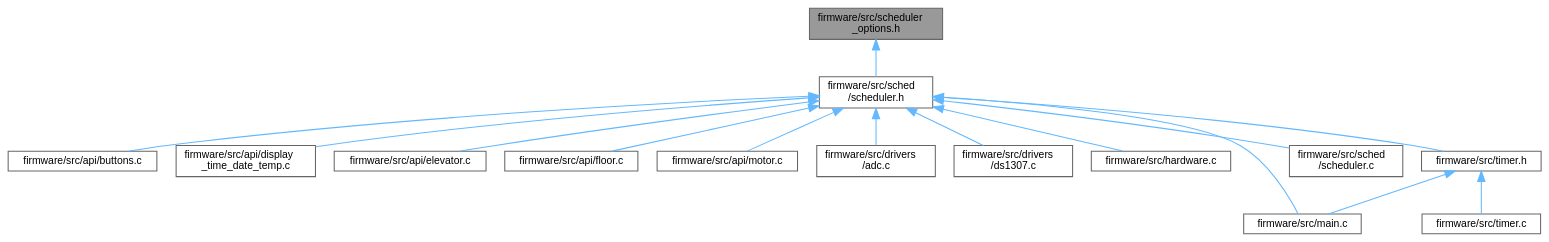
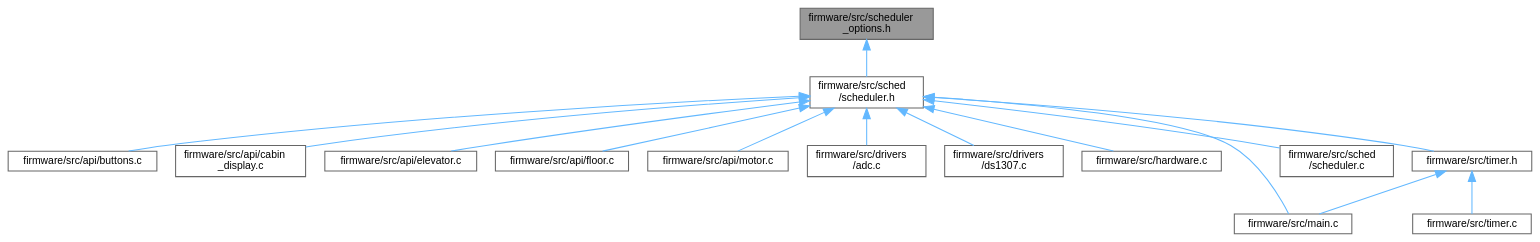
The diagram in dev/scheduler__options_8h__dep__incl.dot (Ghaadyy/elevator-controller), drawn with Graphviz before and after one commit. The commit also changed 83 other files, not shown here.

```diff
--- a/dev/scheduler__options_8h__dep__incl.dot
+++ b/dev/scheduler__options_8h__dep__incl.dot
@@ -1,35 +1,35 @@
 digraph "firmware/src/scheduler_options.h"
 {
  // LATEX_PDF_SIZE
   bgcolor="transparent";
   edge [fontname=Helvetica,fontsize=10,labelfontname=Helvetica,labelfontsize=10];
   node [fontname=Helvetica,fontsize=10,shape=box,height=0.2,width=0.4];
   Node1 [id="Node000001",label="firmware/src/scheduler\l_options.h",height=0.2,width=0.4,color="gray40", fillcolor="grey60", style="filled", fontcolor="black",tooltip=" "];
   Node1 -> Node2 [id="edge1_Node000001_Node000002",dir="back",color="steelblue1",style="solid",tooltip=" "];
   Node2 [id="Node000002",label="firmware/src/sched\l/scheduler.h",height=0.2,width=0.4,color="grey40", fillcolor="white", style="filled",URL="$scheduler_8h.html",tooltip=" "];
   Node2 -> Node3 [id="edge2_Node000002_Node000003",dir="back",color="steelblue1",style="solid",tooltip=" "];
   Node3 [id="Node000003",label="firmware/src/api/buttons.c",height=0.2,width=0.4,color="grey40", fillcolor="white", style="filled",URL="$buttons_8c.html",tooltip=" "];
   Node2 -> Node4 [id="edge3_Node000002_Node000004",dir="back",color="steelblue1",style="solid",tooltip=" "];
-  Node4 [id="Node000004",label="firmware/src/api/display\l_time_date_temp.c",height=0.2,width=0.4,color="grey40", fillcolor="white", style="filled",URL="$display__time__date__temp_8c.html",tooltip=" "];
+  Node4 [id="Node000004",label="firmware/src/api/cabin\l_display.c",height=0.2,width=0.4,color="grey40", fillcolor="white", style="filled",URL="$cabin__display_8c.html",tooltip=" "];
   Node2 -> Node5 [id="edge4_Node000002_Node000005",dir="back",color="steelblue1",style="solid",tooltip=" "];
   Node5 [id="Node000005",label="firmware/src/api/elevator.c",height=0.2,width=0.4,color="grey40", fillcolor="white", style="filled",URL="$elevator_8c.html",tooltip="The scheduler for the elevator."];
   Node2 -> Node6 [id="edge5_Node000002_Node000006",dir="back",color="steelblue1",style="solid",tooltip=" "];
   Node6 [id="Node000006",label="firmware/src/api/floor.c",height=0.2,width=0.4,color="grey40", fillcolor="white", style="filled",URL="$floor_8c.html",tooltip="Implementation of the floor monitor API."];
   Node2 -> Node7 [id="edge6_Node000002_Node000007",dir="back",color="steelblue1",style="solid",tooltip=" "];
   Node7 [id="Node000007",label="firmware/src/api/motor.c",height=0.2,width=0.4,color="grey40", fillcolor="white", style="filled",URL="$motor_8c.html",tooltip=" "];
   Node2 -> Node8 [id="edge7_Node000002_Node000008",dir="back",color="steelblue1",style="solid",tooltip=" "];
   Node8 [id="Node000008",label="firmware/src/drivers\l/adc.c",height=0.2,width=0.4,color="grey40", fillcolor="white", style="filled",URL="$adc_8c.html",tooltip=" "];
   Node2 -> Node9 [id="edge8_Node000002_Node000009",dir="back",color="steelblue1",style="solid",tooltip=" "];
   Node9 [id="Node000009",label="firmware/src/drivers\l/ds1307.c",height=0.2,width=0.4,color="grey40", fillcolor="white", style="filled",URL="$ds1307_8c.html",tooltip=" "];
   Node2 -> Node10 [id="edge9_Node000002_Node000010",dir="back",color="steelblue1",style="solid",tooltip=" "];
   Node10 [id="Node000010",label="firmware/src/hardware.c",height=0.2,width=0.4,color="grey40", fillcolor="white", style="filled",URL="$hardware_8c.html",tooltip=" "];
   Node2 -> Node11 [id="edge10_Node000002_Node000011",dir="back",color="steelblue1",style="solid",tooltip=" "];
   Node11 [id="Node000011",label="firmware/src/main.c",height=0.2,width=0.4,color="grey40", fillcolor="white", style="filled",URL="$main_8c.html",tooltip=" "];
   Node2 -> Node12 [id="edge11_Node000002_Node000012",dir="back",color="steelblue1",style="solid",tooltip=" "];
   Node12 [id="Node000012",label="firmware/src/sched\l/scheduler.c",height=0.2,width=0.4,color="grey40", fillcolor="white", style="filled",URL="$scheduler_8c.html",tooltip="Co-operative scheduler."];
   Node2 -> Node13 [id="edge12_Node000002_Node000013",dir="back",color="steelblue1",style="solid",tooltip=" "];
   Node13 [id="Node000013",label="firmware/src/timer.h",height=0.2,width=0.4,color="grey40", fillcolor="white", style="filled",URL="$timer_8h.html",tooltip=" "];
   Node13 -> Node11 [id="edge13_Node000013_Node000011",dir="back",color="steelblue1",style="solid",tooltip=" "];
   Node13 -> Node14 [id="edge14_Node000013_Node000014",dir="back",color="steelblue1",style="solid",tooltip=" "];
   Node14 [id="Node000014",label="firmware/src/timer.c",height=0.2,width=0.4,color="grey40", fillcolor="white", style="filled",URL="$timer_8c.html",tooltip=" "];
 }
```
